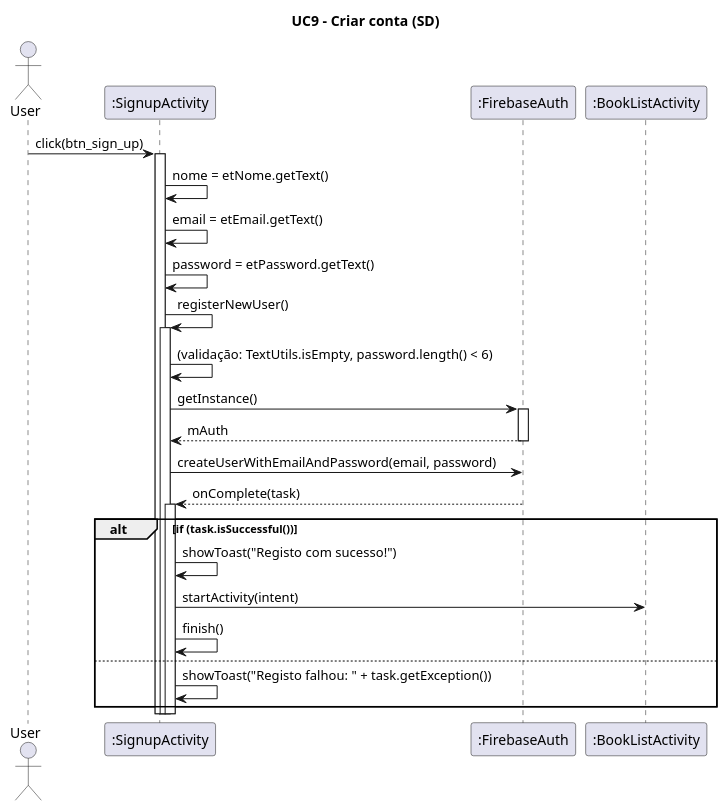
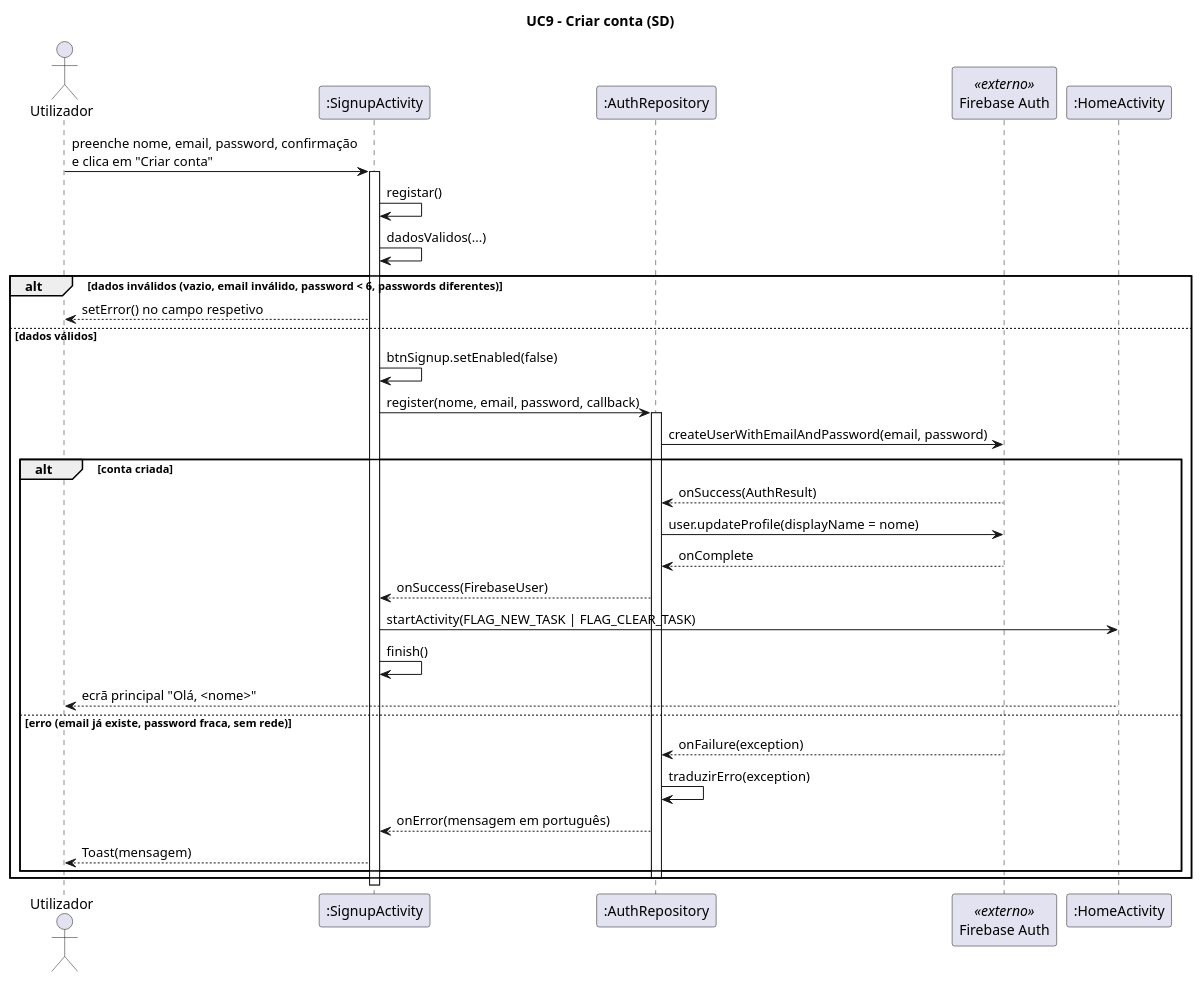
The diagram in app/docs/UCs/UC9-SD.puml (Diogo-29/DSSMV_ProjectDroid_1240632_1240857), drawn with PlantUML before and after one commit. The commit also changed 72 other files, not shown here.

```diff
--- a/app/docs/UCs/UC9-SD.puml
+++ b/app/docs/UCs/UC9-SD.puml
@@ -1,44 +1,39 @@
 @startuml
+title UC9 - Criar conta (SD)
+skinparam sequenceMessageAlign left
 
-title UC9 - Criar conta (SD)
+actor "Utilizador" as U
+participant ":SignupActivity" as A
+participant ":AuthRepository" as R
+participant "Firebase Auth" as FA <<externo>>
+participant ":HomeActivity" as H
 
-actor User
-participant ":SignupActivity" as Activity
-participant ":FirebaseAuth" as Auth
-
-User -> Activity: click(btn_sign_up)
-activate Activity
-
-    Activity -> Activity: nome = etNome.getText()
-    Activity -> Activity: email = etEmail.getText()
-    Activity -> Activity: password = etPassword.getText()
-
-    Activity -> Activity: registerNewUser()
-    activate Activity
-
-        Activity -> Activity: (validação: TextUtils.isEmpty, password.length() < 6)
-
-        Activity -> Auth: getInstance()
-        activate Auth
-        Auth --> Activity: mAuth
-        deactivate Auth
-
-        Activity -> Auth: createUserWithEmailAndPassword(email, password)
-
-        Auth --> Activity: onComplete(task)
-        activate Activity
-            alt if (task.isSuccessful())
-
-                Activity -> Activity: showToast("Registo com sucesso!")
-                Activity -> ":BookListActivity": startActivity(intent)
-                Activity -> Activity: finish()
-            else
-
-                Activity -> Activity: showToast("Registo falhou: " + task.getException())
-            end
-        deactivate Activity
-
-    deactivate Activity
-deactivate Activity
-
+U -> A: preenche nome, email, password, confirmação\ne clica em "Criar conta"
+activate A
+A -> A: registar()
+A -> A: dadosValidos(...)
+alt dados inválidos (vazio, email inválido, password < 6, passwords diferentes)
+  A --> U: setError() no campo respetivo
+else dados válidos
+  A -> A: btnSignup.setEnabled(false)
+  A -> R: register(nome, email, password, callback)
+  activate R
+  R -> FA: createUserWithEmailAndPassword(email, password)
+  alt conta criada
+    FA --> R: onSuccess(AuthResult)
+    R -> FA: user.updateProfile(displayName = nome)
+    FA --> R: onComplete
+    R --> A: onSuccess(FirebaseUser)
+    A -> H: startActivity(FLAG_NEW_TASK | FLAG_CLEAR_TASK)
+    A -> A: finish()
+    H --> U: ecrã principal "Olá, <nome>"
+  else erro (email já existe, password fraca, sem rede)
+    FA --> R: onFailure(exception)
+    R -> R: traduzirErro(exception)
+    R --> A: onError(mensagem em português)
+    A --> U: Toast(mensagem)
+  end
+  deactivate R
+end
+deactivate A
 @enduml
```
